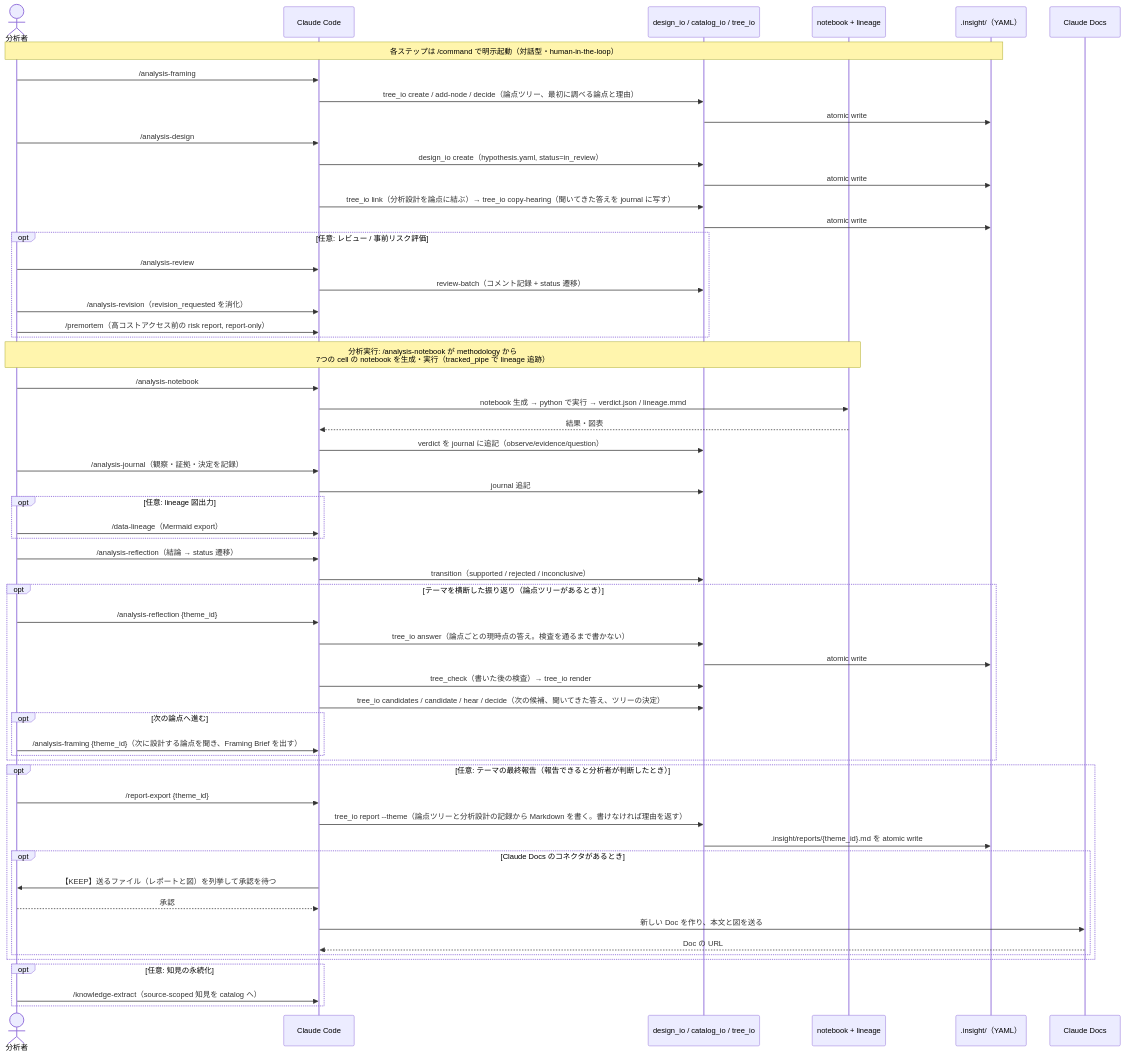
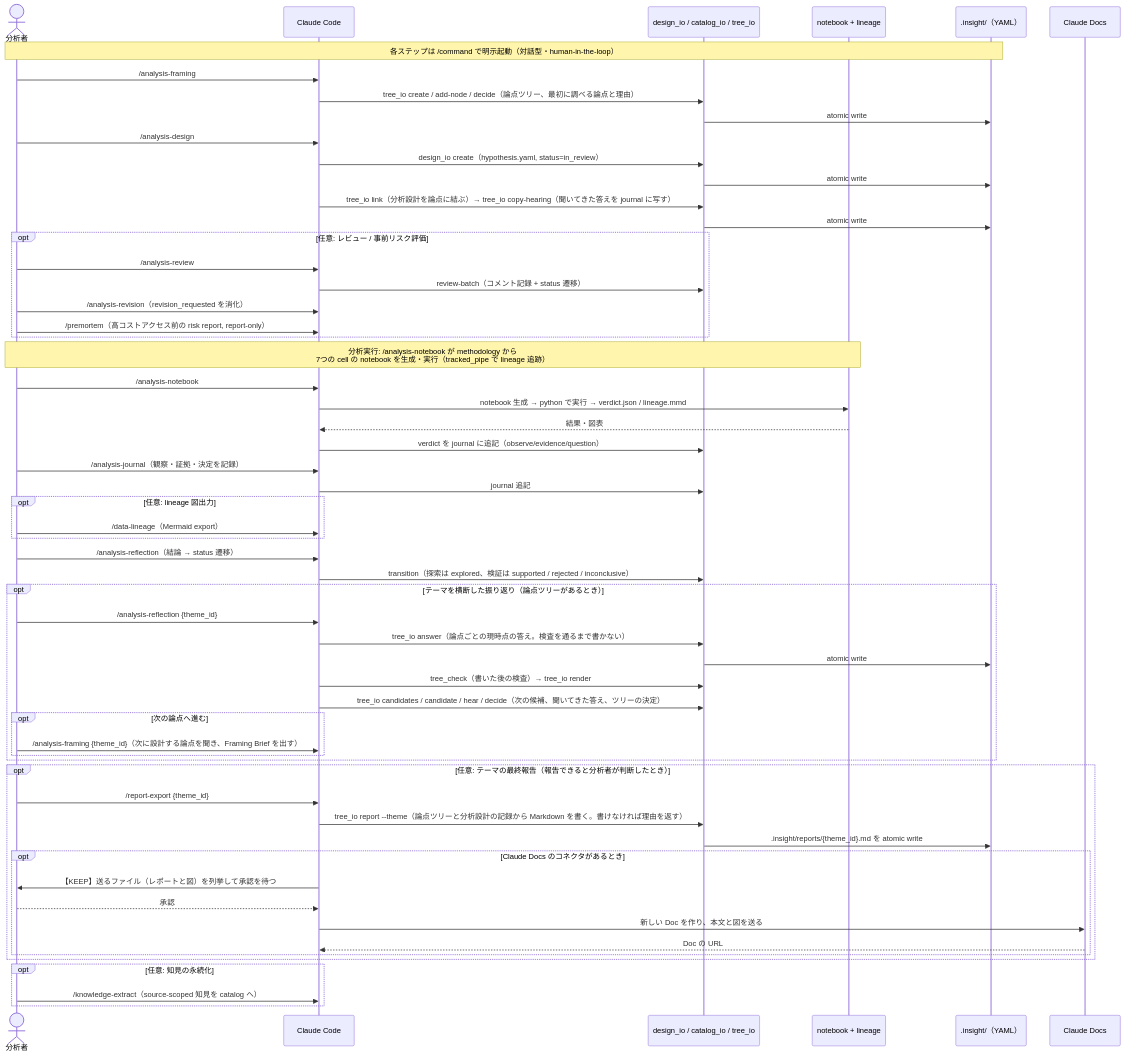
One commit to etoyama/insight-blueprint-skills changed the fourth of 6 diagrams in docs/ARCHITECTURE.md. Above: the diagram before and after it, drawn with Mermaid. The commit also changed other lines of this file and 66 other files, not shown here.

````diff
--- a/docs/ARCHITECTURE.md
+++ b/docs/ARCHITECTURE.md
@@ -268,64 +271,64 @@
 ```mermaid
 sequenceDiagram
     actor U as 分析者
     participant CC as Claude Code
     participant IO as design_io / catalog_io / tree_io
     participant MO as notebook + lineage
     participant FS as .insight/（YAML）
     participant DC as Claude Docs
 
     Note over U,FS: 各ステップは /command で明示起動（対話型・human-in-the-loop）
     U->>CC: /analysis-framing
     CC->>IO: tree_io create / add-node / decide（論点ツリー、最初に調べる論点と理由）
     IO->>FS: atomic write
     U->>CC: /analysis-design
     CC->>IO: design_io create（hypothesis.yaml, status=in_review）
     IO->>FS: atomic write
     CC->>IO: tree_io link（分析設計を論点に結ぶ）→ tree_io copy-hearing（聞いてきた答えを journal に写す）
     IO->>FS: atomic write
 
     opt 任意: レビュー / 事前リスク評価
         U->>CC: /analysis-review
         CC->>IO: review-batch（コメント記録 + status 遷移）
         U->>CC: /analysis-revision（revision_requested を消化）
         U->>CC: /premortem（高コストアクセス前の risk report, report-only）
     end
 
     Note over U,MO: 分析実行: /analysis-notebook が methodology から<br/>7つの cell の notebook を生成・実行（tracked_pipe で lineage 追跡）
     U->>CC: /analysis-notebook
     CC->>MO: notebook 生成 → python で実行 → verdict.json / lineage.mmd
     MO-->>CC: 結果・図表
     CC->>IO: verdict を journal に追記（observe/evidence/question）
 
     U->>CC: /analysis-journal（観察・証拠・決定を記録）
     CC->>IO: journal 追記
     opt 任意: lineage 図出力
         U->>CC: /data-lineage（Mermaid export）
     end
     U->>CC: /analysis-reflection（結論 → status 遷移）
-    CC->>IO: transition（supported / rejected / inconclusive）
+    CC->>IO: transition（探索は explored、検証は supported / rejected / inconclusive）
     opt テーマを横断した振り返り（論点ツリーがあるとき）
         U->>CC: /analysis-reflection {theme_id}
         CC->>IO: tree_io answer（論点ごとの現時点の答え。検査を通るまで書かない）
         IO->>FS: atomic write
         CC->>IO: tree_check（書いた後の検査）→ tree_io render
         CC->>IO: tree_io candidates / candidate / hear / decide（次の候補、聞いてきた答え、ツリーの決定）
         opt 次の論点へ進む
             U->>CC: /analysis-framing {theme_id}（次に設計する論点を聞き、Framing Brief を出す）
         end
     end
     opt 任意: テーマの最終報告（報告できると分析者が判断したとき）
         U->>CC: /report-export {theme_id}
         CC->>IO: tree_io report --theme（論点ツリーと分析設計の記録から Markdown を書く。書けなければ理由を返す）
         IO->>FS: .insight/reports/{theme_id}.md を atomic write
         opt Claude Docs のコネクタがあるとき
             CC->>U: 【KEEP】送るファイル（レポートと図）を列挙して承認を待つ
             U-->>CC: 承認
             CC->>DC: 新しい Doc を作り、本文と図を送る
             DC-->>CC: Doc の URL
         end
     end
     opt 任意: 知見の永続化
         U->>CC: /knowledge-extract（source-scoped 知見を catalog へ）
     end
 ```
````
